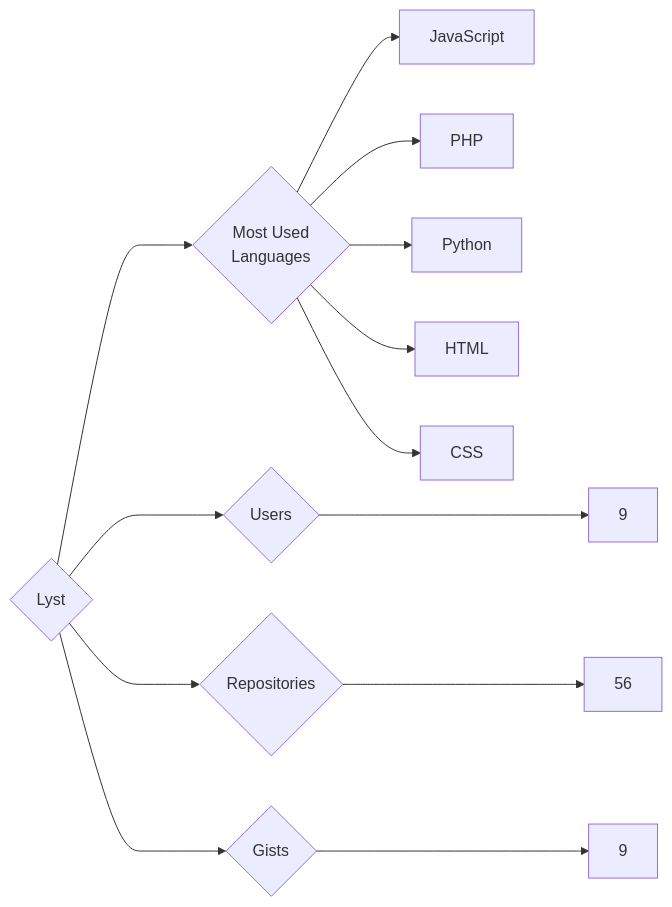
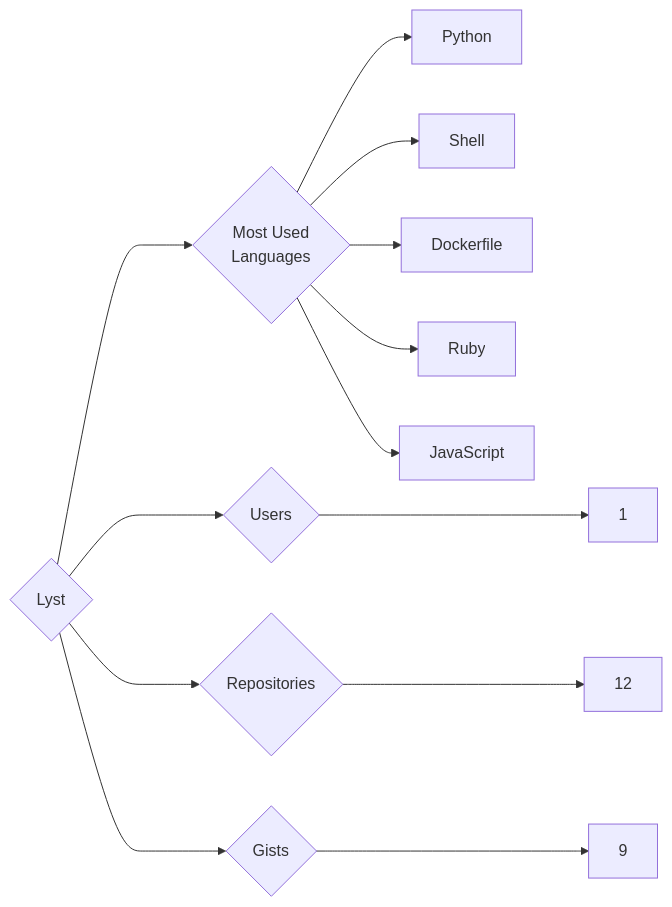
The diagram in targets/Lyst/README.md (trickest/insiders), drawn with Mermaid before and after one commit. The commit also changed 750 other files, not shown here.

````diff
--- a/targets/Lyst/README.md
+++ b/targets/Lyst/README.md
@@ -3,13 +3,13 @@
 ```mermaid
 graph LR
 COMPANY_NAME{Lyst}
-COMPANY_NAME ---> U{Users} ---> UN[9]
-COMPANY_NAME ---> R{Repositories} ---> RN[56]
+COMPANY_NAME ---> U{Users} ---> UN[1]
+COMPANY_NAME ---> R{Repositories} ---> RN[12]
 COMPANY_NAME ---> G{Gists} ---> GN[9]
 COMPANY_NAME ---> ML{Most Used<br>Languages}
+ML --> Python[Python]
+ML --> Shell[Shell]
+ML --> Dockerfile[Dockerfile]
+ML --> Ruby[Ruby]
 ML --> JavaScript[JavaScript]
-ML --> PHP[PHP]
-ML --> Python[Python]
-ML --> HTML[HTML]
-ML --> CSS[CSS]
 ```
````
